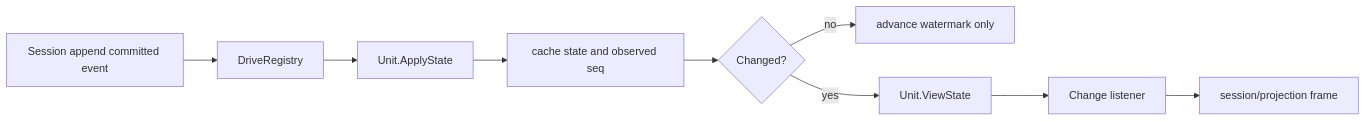
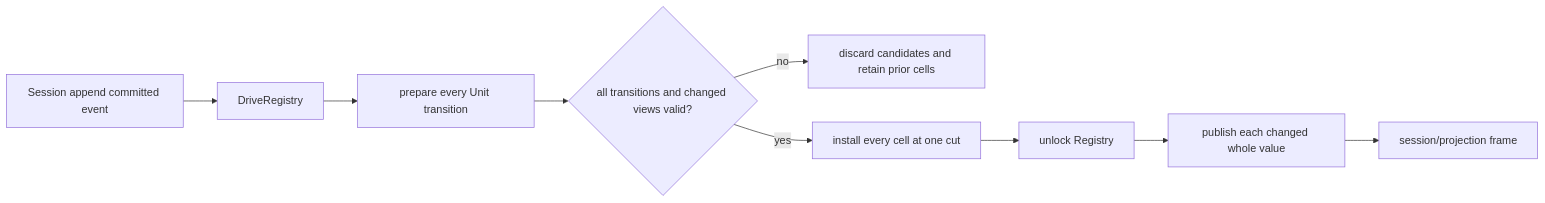
Before and after one commit to gorenx/goren: the first of 2 diagrams in zh-CN/18-session-projection-and-title.md, drawn with Mermaid. The commit also changed other lines of this file and 3 other files, not shown here.

````diff
--- a/zh-CN/18-session-projection-and-title.md
+++ b/zh-CN/18-session-projection-and-title.md
@@ -60,11 +60,11 @@
 ```mermaid
 flowchart LR
     A[Session append committed event] --> B[DriveRegistry]
-    B --> C[Unit.ApplyState]
-    C --> D[cache state and observed seq]
-    D --> E{Changed?}
-    E -- no --> F[advance watermark only]
-    E -- yes --> G[Unit.ViewState]
-    G --> H[Change listener]
+    B --> C[prepare every Unit transition]
+    C --> D{all transitions and changed views valid?}
+    D -- no --> E[discard candidates and retain prior cells]
+    D -- yes --> F[install every cell at one cut]
+    F --> G[unlock Registry]
+    G --> H[publish each changed whole value]
     H --> I[session/projection frame]
 ```
````
